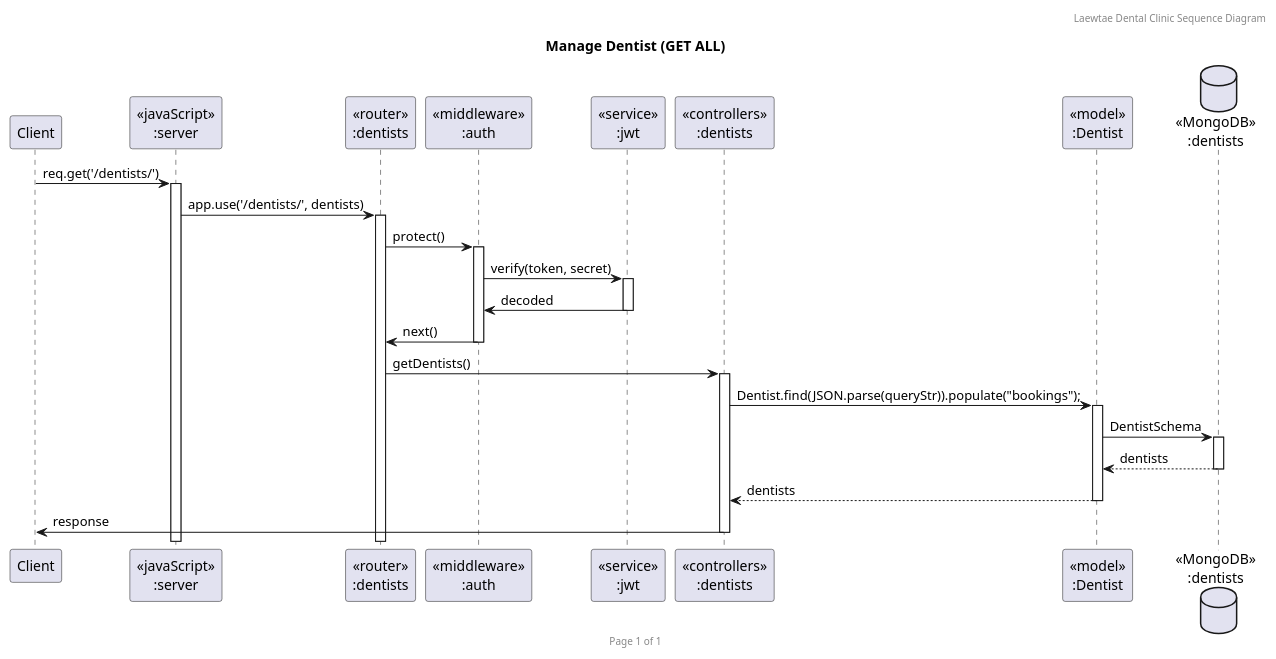
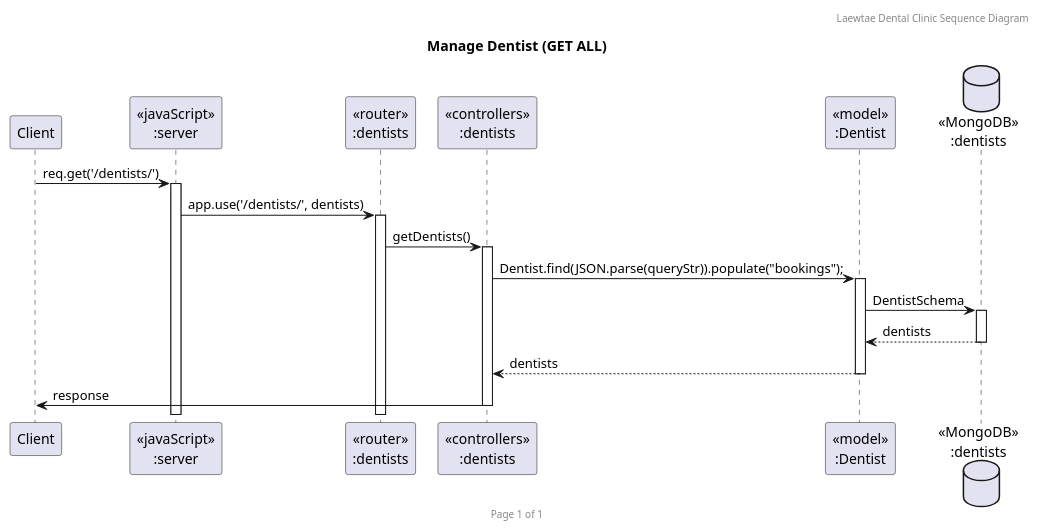
The diagram in UML/SequenceDiagram/DentistSequence/DentistSequenceGetAll.puml (nattapong232/DentistBooking), drawn with PlantUML before and after one commit. The commit also changed 2 other files, not shown here.

Commit message:
Fix Dentist Sequence Diagram

```diff
--- a/UML/SequenceDiagram/DentistSequence/DentistSequenceGetAll.puml
+++ b/UML/SequenceDiagram/DentistSequence/DentistSequenceGetAll.puml
@@ -1,30 +1,24 @@
 @startuml Manage Dentist (GET ALL)
 
 header Laewtae Dental Clinic Sequence Diagram
 footer Page %page% of %lastpage%
 title "Manage Dentist (GET ALL)"
 
 participant "Client" as client
 participant "<<javaScript>>\n:server" as server
 participant "<<router>>\n:dentists" as routerDentists
-participant "<<middleware>>\n:auth" as auth
-participant "<<service>>\n:jwt" as jwt
 participant "<<controllers>>\n:dentists" as controllersDentists
 participant "<<model>>\n:Dentist" as modelDentist
 database "<<MongoDB>>\n:dentists" as DentistsDatabase
 
 client->server ++:req.get('/dentists/')
 server->routerDentists ++:app.use('/dentists/', dentists)
-routerDentists -> auth ++:protect()
-auth -> jwt ++:verify(token, secret)
-auth <- jwt --:decoded
 
-routerDentists <- auth --:next()
 routerDentists -> controllersDentists ++:getDentists()
 controllersDentists->modelDentist ++:Dentist.find(JSON.parse(queryStr)).populate("bookings");
 modelDentist ->DentistsDatabase ++: DentistSchema
 DentistsDatabase --> modelDentist --: dentists
 controllersDentists <-- modelDentist --: dentists
-controllersDentists->client --:response
+client <- controllersDentists --:response
 
 @enduml
```
